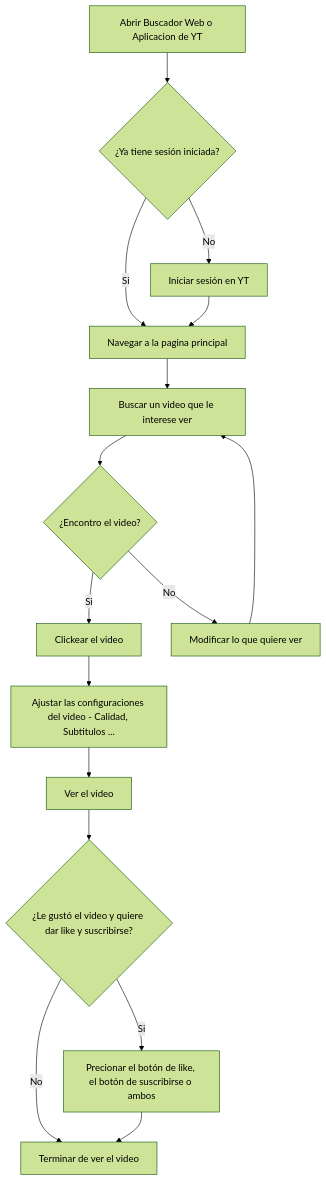
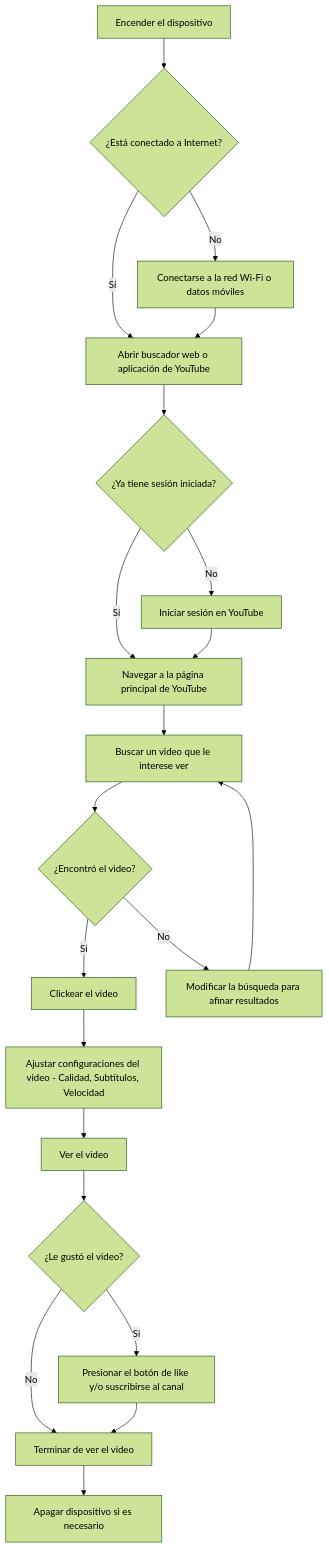
The first of 2 diagrams in Week_1_Algorithms.md (antonny107846/Fullsatck_projects), drawn with Mermaid (forest theme) before and after one commit. The commit also changed other lines of this file, not shown here.

````diff
--- a/Week_1_Algorithms.md
+++ b/Week_1_Algorithms.md
@@ -1,20 +1,25 @@
 ```mermaid
 
 flowchart TD
-    A[Abrir Buscador Web o Aplicacion de YT] --> B{¿Ya tiene sesión iniciada?}
-    B -->|Si| C[Navegar a la pagina principal]
-    B -->|No| D[Iniciar sesión en YT]
+    A[Encender el dispositivo] --> B{¿Está conectado a Internet?}
+    B -->|Sí| C[Abrir buscador web o aplicación de YouTube]
+    B -->|No| D[Conectarse a la red Wi-Fi o datos móviles]
     D --> C
-    C --> E[Buscar un video que le interese ver]
-    E --> F{¿Encontro el video?}
-    F -->|Si| G[Clickear el video]
-    F -->|No| H[Modificar lo que quiere ver]
-    H --> E
-    G --> I[Ajustar las configuraciones del video - Calidad, Subtitulos ...]
-    I --> J[Ver el video]
-    J --> K{¿Le gustó el video y quiere dar like y suscribirse?}
-    K -->|Si| L[Precionar el botón de like, el botón de suscribirse o ambos]
-    K -->|No| M[Terminar de ver el video]
-    L --> M
+    C --> E{¿Ya tiene sesión iniciada?}
+    E -->|Sí| F[Navegar a la página principal de YouTube]
+    E -->|No| G[Iniciar sesión en YouTube]
+    G --> F
+    F --> H[Buscar un video que le interese ver]
+    H --> I{¿Encontró el video?}
+    I -->|Sí| J[Clickear el video]
+    I -->|No| K[Modificar la búsqueda para afinar resultados]
+    K --> H
+    J --> L[Ajustar configuraciones del video - Calidad, Subtítulos, Velocidad]
+    L --> M[Ver el video]
+    M --> N{¿Le gustó el video?}
+    N -->|Sí| O[Presionar el botón de like y/o suscribirse al canal]
+    N -->|No| P[Terminar de ver el video]
+    O --> P
+    P --> Q[Apagar dispositivo si es necesario]
 
 ```
````
